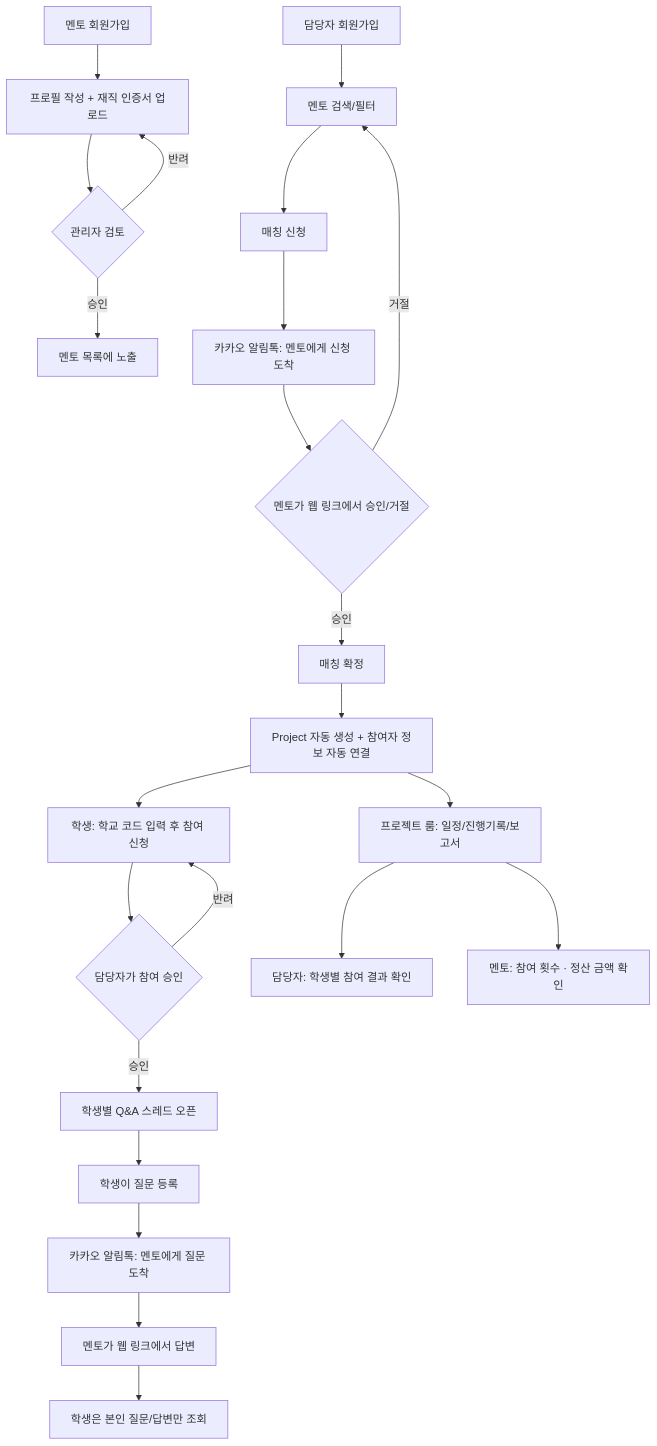
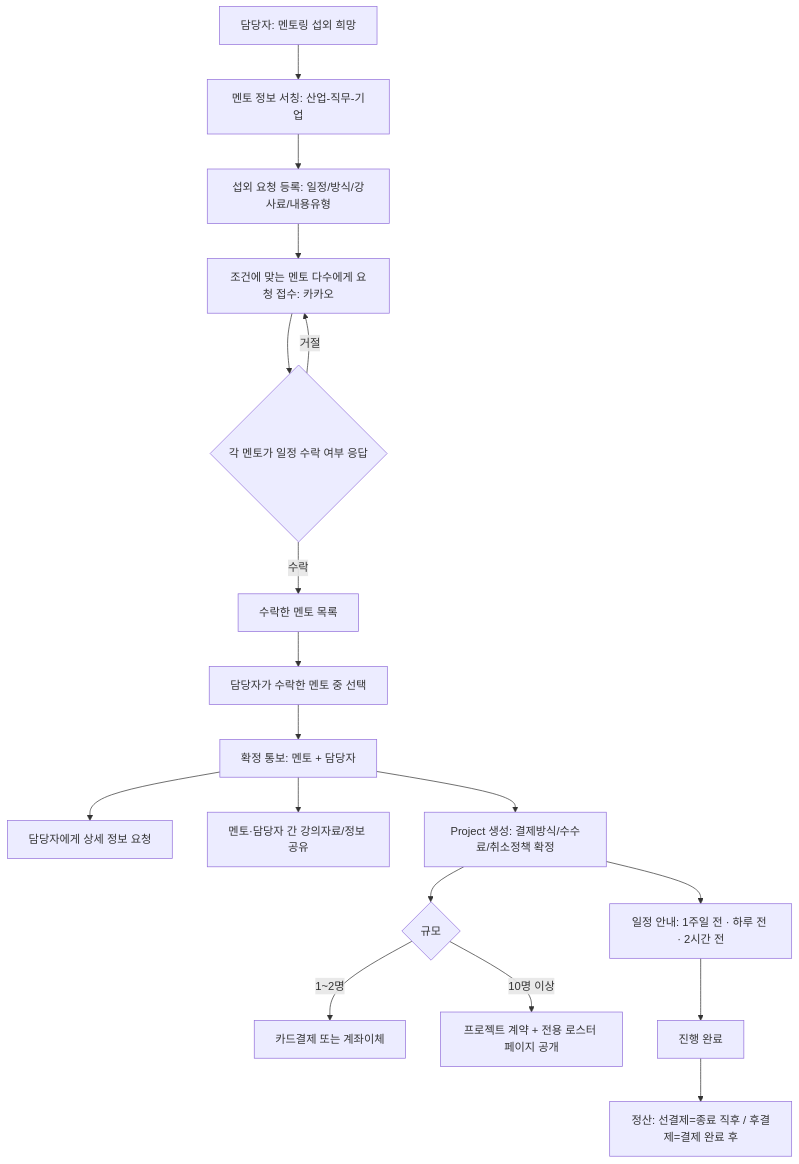
Before and after one commit to funnyrak/abc123: the first of 2 diagrams in docs/SPEC.md, drawn with Mermaid. The commit also changed other lines of this file, not shown here.

````diff
--- a/docs/SPEC.md
+++ b/docs/SPEC.md
@@ -24,26 +30,20 @@
 ```mermaid
 flowchart TD
-    A[멘토 회원가입] --> B[프로필 작성 + 재직 인증서 업로드]
-    B --> C{관리자 검토}
-    C -->|승인| D[멘토 목록에 노출]
-    C -->|반려| B
-
-    E[담당자 회원가입] --> F[멘토 검색/필터]
-    F --> G[매칭 신청]
-    G --> H[카카오 알림톡: 멘토에게 신청 도착]
-    H --> I{멘토가 웹 링크에서 승인/거절}
-    I -->|거절| F
-    I -->|승인| J[매칭 확정]
-    J --> K[Project 자동 생성 + 참여자 정보 자동 연결]
-    K --> L[프로젝트 룸: 일정/진행기록/보고서]
-    K --> Q1[학생: 학교 코드 입력 후 참여 신청]
-    Q1 --> Q2{담당자가 참여 승인}
-    Q2 -->|승인| M[학생별 Q&A 스레드 오픈]
-    Q2 -->|반려| Q1
-    M --> N[학생이 질문 등록]
-    N --> O[카카오 알림톡: 멘토에게 질문 도착]
-    O --> P[멘토가 웹 링크에서 답변]
-    P --> R[학생은 본인 질문/답변만 조회]
-    L --> S[담당자: 학생별 참여 결과 확인]
-    L --> T[멘토: 참여 횟수 · 정산 금액 확인]
+    A[담당자: 멘토링 섭외 희망] --> B[멘토 정보 서칭: 산업-직무-기업]
+    B --> C[섭외 요청 등록: 일정/방식/강사료/내용유형]
+    C --> D[조건에 맞는 멘토 다수에게 요청 접수: 카카오]
+    D --> E{각 멘토가 일정 수락 여부 응답}
+    E -->|거절| D
+    E -->|수락| F[수락한 멘토 목록]
+    F --> G[담당자가 수락한 멘토 중 선택]
+    G --> H[확정 통보: 멘토 + 담당자]
+    H --> I[담당자에게 상세 정보 요청]
+    H --> J[멘토·담당자 간 강의자료/정보 공유]
+    H --> K[Project 생성: 결제방식/수수료/취소정책 확정]
+    K --> L{규모}
+    L -->|1~2명| M[카드결제 또는 계좌이체]
+    L -->|10명 이상| N[프로젝트 계약 + 전용 로스터 페이지 공개]
+    K --> O[일정 안내: 1주일 전 · 하루 전 · 2시간 전]
+    O --> P[진행 완료]
+    P --> Q[정산: 선결제=종료 직후 / 후결제=결제 완료 후]
 ```
````
